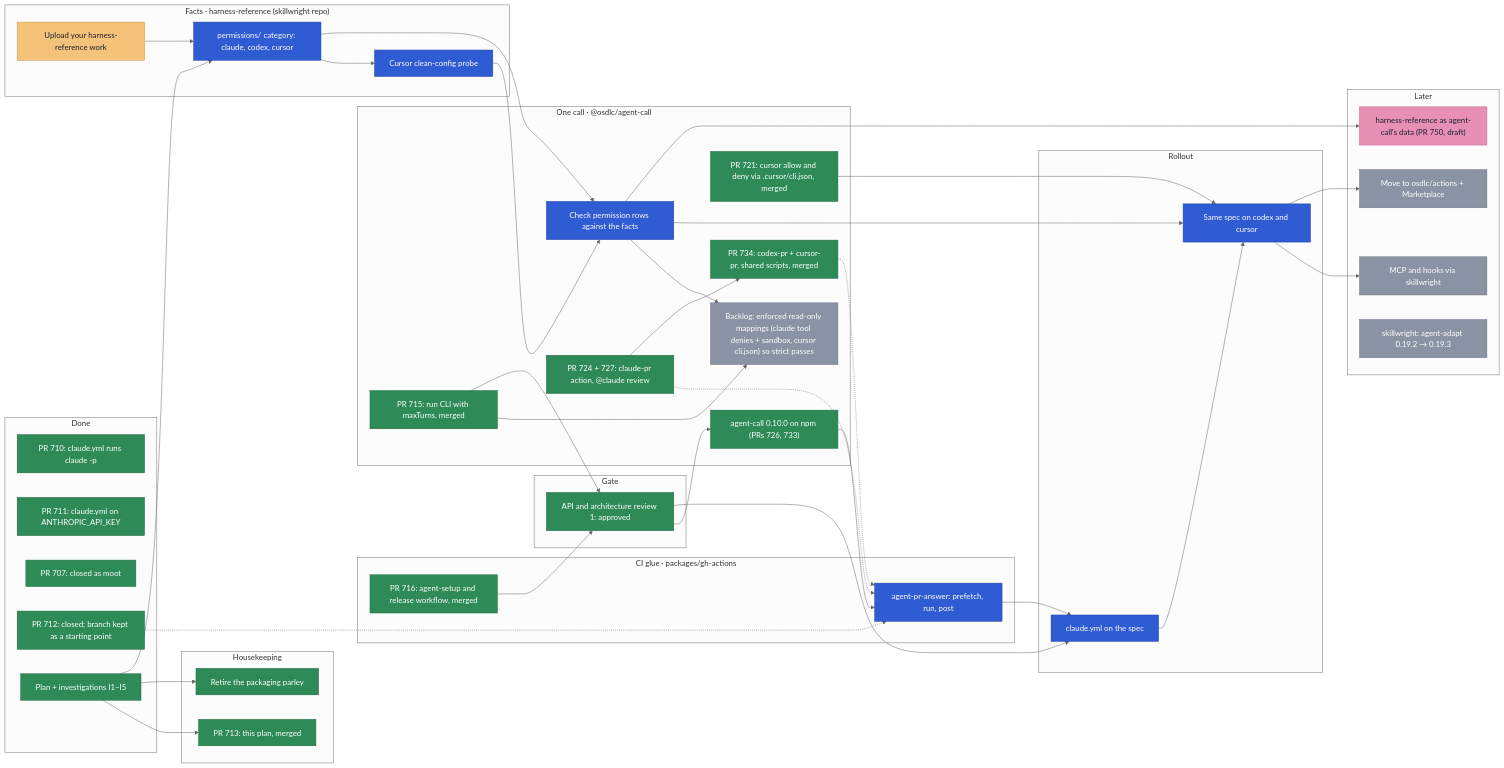
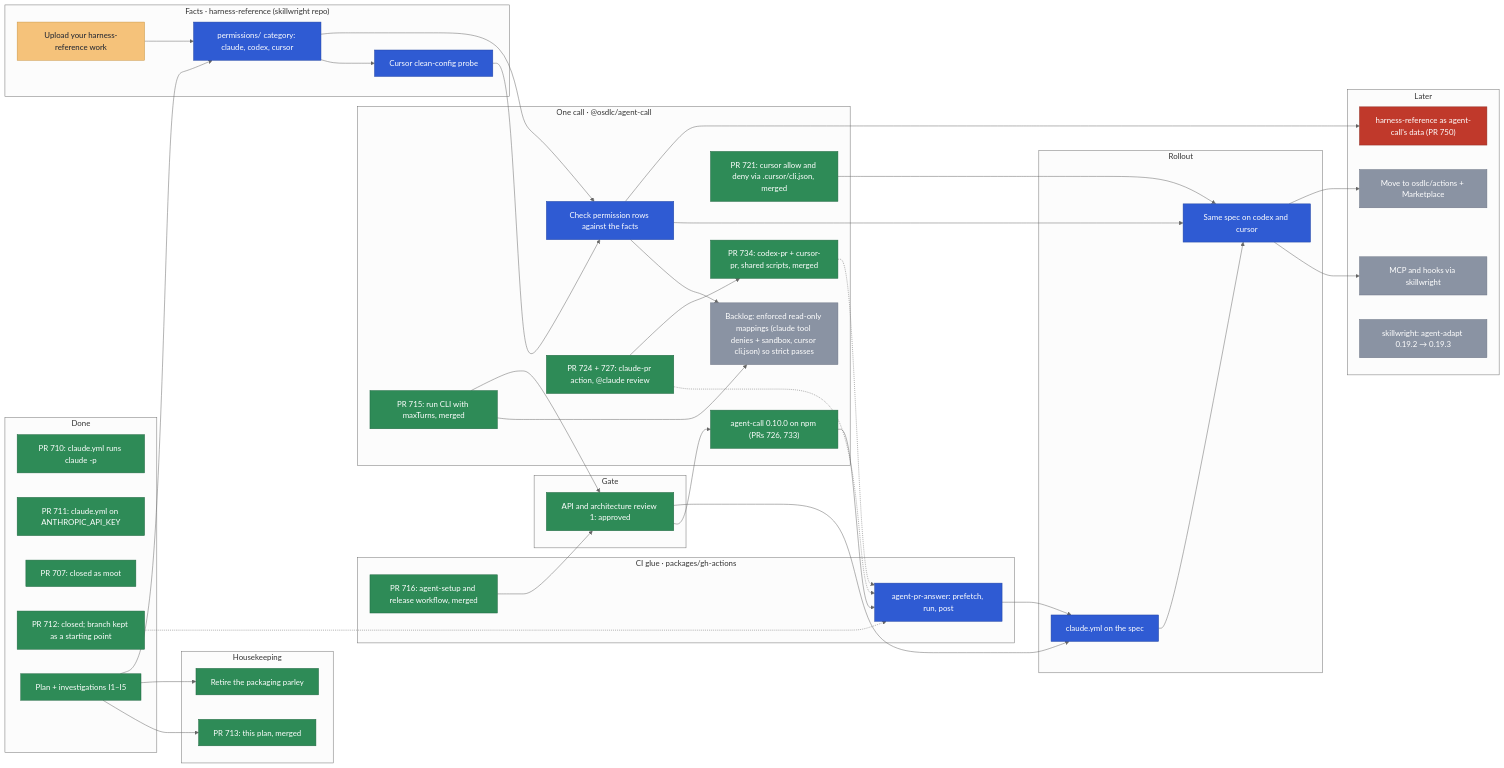
The diagram in docs/planning/agent-ci.md (osdlc/osdlc), drawn with Mermaid (neutral theme) before and after one commit. The commit also changed other lines of this file, not shown here.

````diff
--- a/docs/planning/agent-ci.md
+++ b/docs/planning/agent-ci.md
@@ -77,7 +77,7 @@
   subgraph later["Later"]
     MCP["MCP and hooks via skillwright"]
     PUB["Move to osdlc/actions + Marketplace"]
-    DATA["harness-reference as agent-call's data (PR 750, draft)"]
+    DATA["harness-reference as agent-call's data (PR 750)"]
     PIN["skillwright: agent-adapt 0.19.2 → 0.19.3"]
   end
 
@@ -125,5 +125,5 @@
   class REL done
   class CUR done
   class MCP,PUB,PIN,STRICT later
-  class DATA external
+  class DATA blocked
 ```
````
